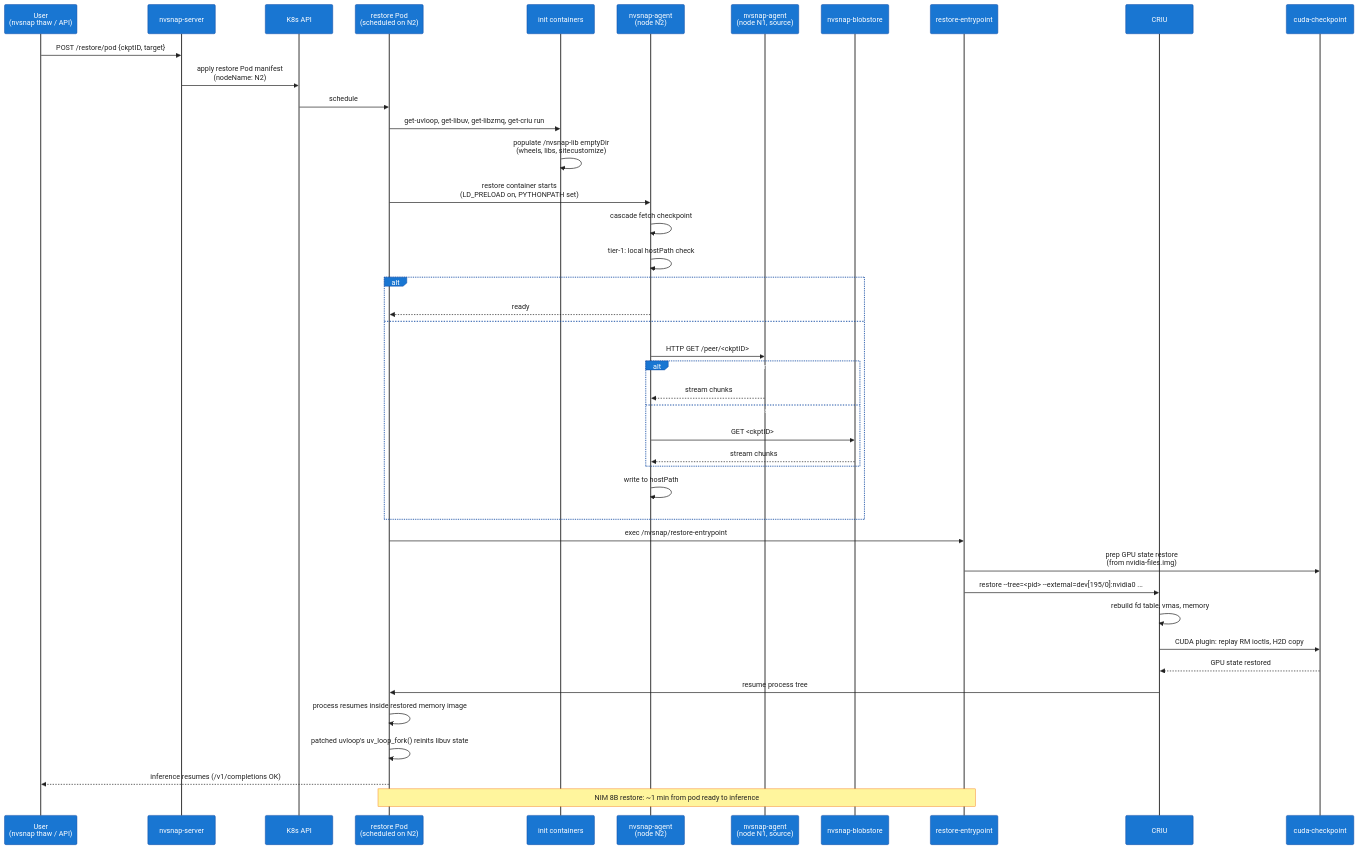
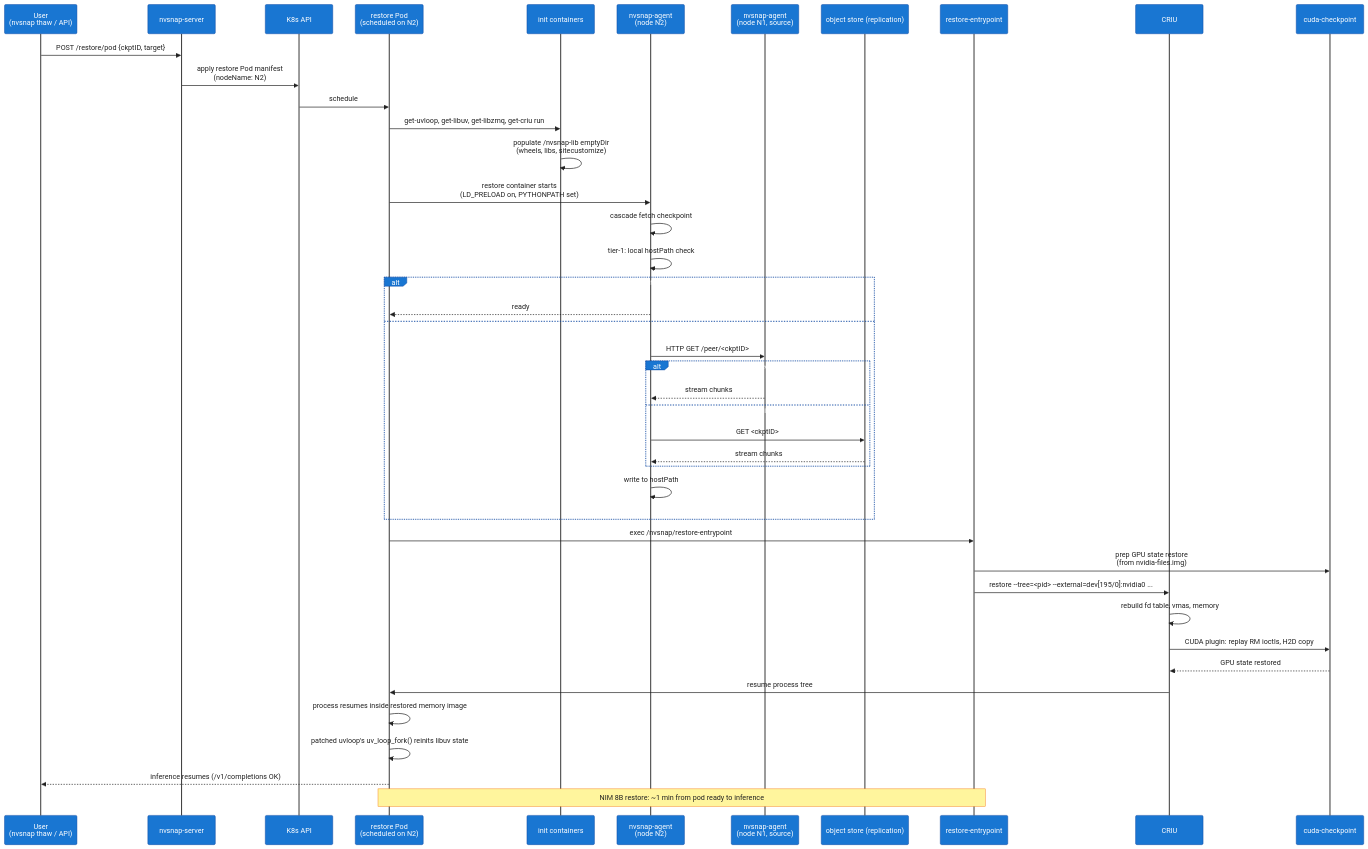
The diagram in src/compute-plane-services/nvsnap/docs/diagrams/04-restore-flow.mmd (NVIDIA/nvcf), drawn with Mermaid before and after one commit. The commit also changed 42 other files, not shown here.

First line of the commit message:
refactor(nvsnap): remove the blobstore tier

```diff
--- a/src/compute-plane-services/nvsnap/docs/diagrams/04-restore-flow.mmd
+++ b/src/compute-plane-services/nvsnap/docs/diagrams/04-restore-flow.mmd
@@ -1,49 +1,49 @@
 %%{init: {'theme':'base','themeVariables':{'primaryColor':'#1976D2','primaryTextColor':'#FFFFFF','primaryBorderColor':'#0D47A1','lineColor':'#212121','secondaryColor':'#F57C00','tertiaryColor':'#388E3C','actorBkg':'#1976D2','actorBorder':'#0D47A1','actorTextColor':'#FFFFFF','actorLineColor':'#212121','signalColor':'#212121','signalTextColor':'#212121','noteBkgColor':'#FFF59D','noteBorderColor':'#F57F17','noteTextColor':'#212121','activationBkgColor':'#5E35B1','activationBorderColor':'#311B92'}}}%%
 sequenceDiagram
     participant User as User<br/>(nvsnap thaw / API)
     participant Srv as nvsnap-server
     participant K8s as K8s API
     participant Pod as restore Pod<br/>(scheduled on N2)
     participant Init as init containers
     participant Agent as nvsnap-agent<br/>(node N2)
     participant PeerN1 as nvsnap-agent<br/>(node N1, source)
-    participant Blob as nvsnap-blobstore
+    participant Blob as object store (replication)
     participant Entry as restore-entrypoint
     participant CRIU as CRIU
     participant CC as cuda-checkpoint
 
     User->>Srv: POST /restore/pod {ckptID, target}
     Srv->>K8s: apply restore Pod manifest<br/>(nodeName: N2)
     K8s->>Pod: schedule
     Pod->>Init: get-uvloop, get-libuv, get-libzmq, get-criu run
     Init->>Init: populate /nvsnap-lib emptyDir<br/>(wheels, libs, sitecustomize)
 
     Pod->>Agent: restore container starts<br/>(LD_PRELOAD on, PYTHONPATH set)
     Agent->>Agent: cascade fetch checkpoint
     Agent->>Agent: tier-1: local hostPath check
     alt local hit
         Agent-->>Pod: ready
     else miss
         Agent->>PeerN1: HTTP GET /peer/<ckptID>
         alt peer hit
             PeerN1-->>Agent: stream chunks
         else peer miss
             Agent->>Blob: GET <ckptID>
             Blob-->>Agent: stream chunks
         end
         Agent->>Agent: write to hostPath
     end
 
     Pod->>Entry: exec /nvsnap/restore-entrypoint
     Entry->>CC: prep GPU state restore<br/>(from nvidia-files.img)
     Entry->>CRIU: restore --tree=<pid> --external=dev[195/0]:nvidia0 ...
     CRIU->>CRIU: rebuild fd table, vmas, memory
     CRIU->>CC: CUDA plugin: replay RM ioctls, H2D copy
     CC-->>CRIU: GPU state restored
     CRIU->>Pod: resume process tree
 
     Pod->>Pod: process resumes inside restored memory image
     Pod->>Pod: patched uvloop's uv_loop_fork() reinits libuv state
     Pod-->>User: inference resumes (/v1/completions OK)
 
     Note over Pod,Entry: NIM 8B restore: ~1 min from pod ready to inference
```
